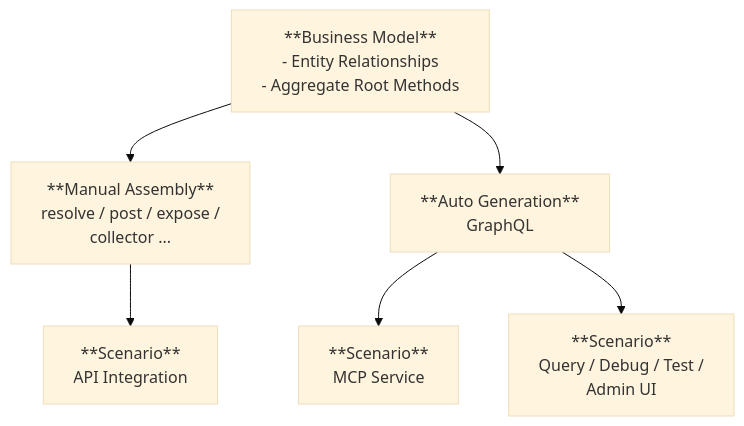
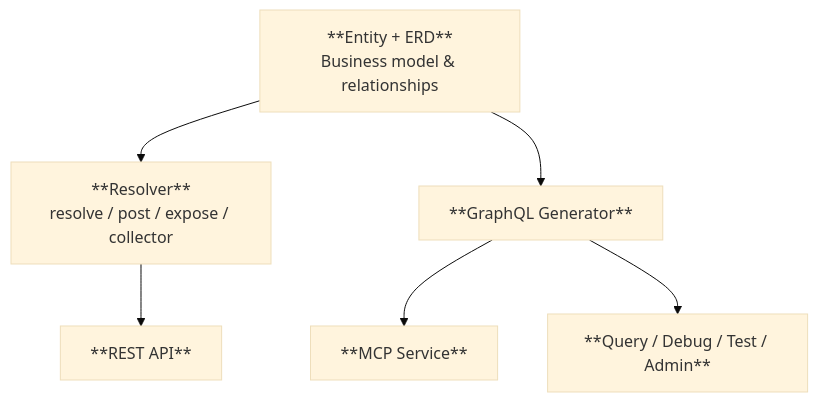
The second of 2 diagrams in README.md (allmonday/pydantic-resolve), drawn with Mermaid (base theme) before and after one commit. The commit also changed other lines of this file and 31 other files, not shown here.

````diff
--- a/README.md
+++ b/README.md
@@ -17,15 +86,15 @@
 ```mermaid
 flowchart TB
-    business["**Business Model**<br/>- Entity Relationships<br/>- Aggregate Root Methods"]
-    manual["**Manual Assembly**<br/>resolve / post / expose /<br/>collector ..."]
-    graphql["**Auto Generation**<br/>GraphQL"]
-    api["**Scenario**<br/>API Integration"]
-    mcp["**Scenario**<br/>MCP Service"]
-    ops["**Scenario**<br/>Query / Debug / Test /<br/>Admin UI"]
+    entity["**Entity + ERD**<br/>Business model & relationships"]
+    resolve["**Resolver**<br/>resolve / post / expose / collector"]
+    graphql["**GraphQL Generator**"]
+    api["**REST API**"]
+    mcp["**MCP Service**"]
+    ops["**Query / Debug / Test / Admin**"]
 
-    business --> manual
-    business --> graphql
-    manual --> api
+    entity --> resolve
+    entity --> graphql
+    resolve --> api
     graphql --> mcp
     graphql --> ops
 ```
````
